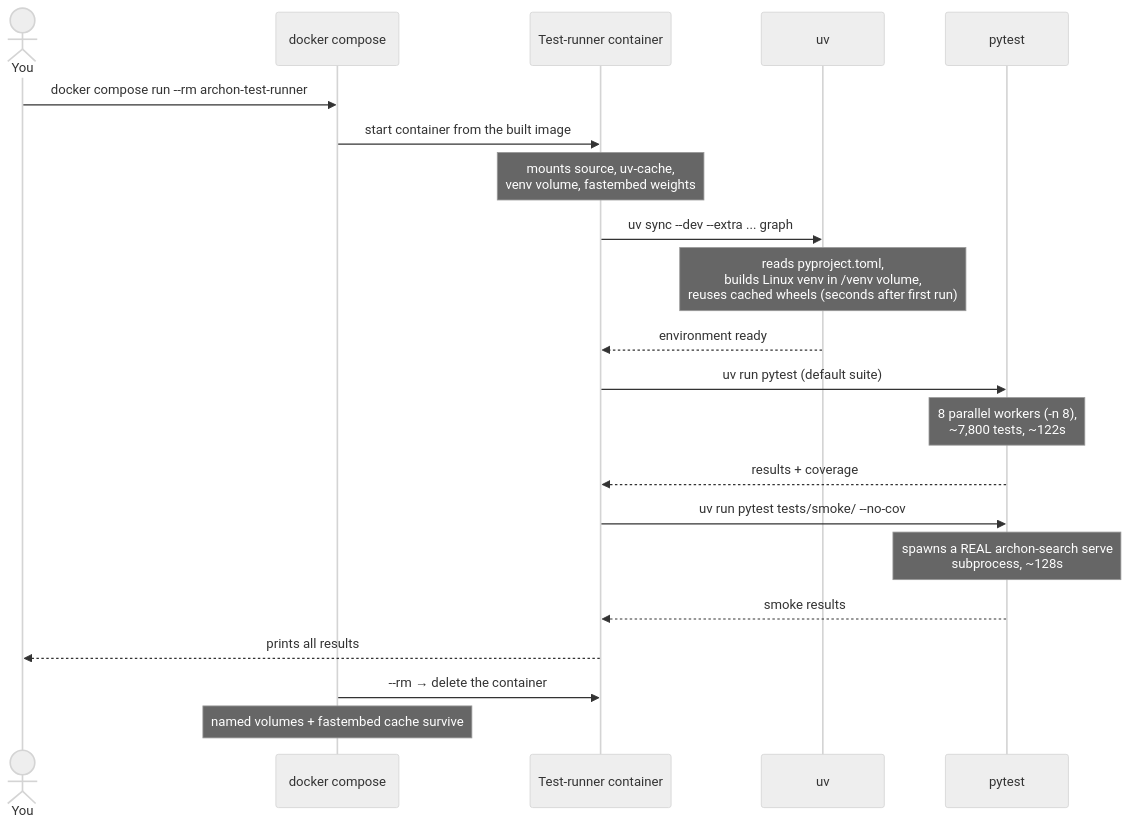
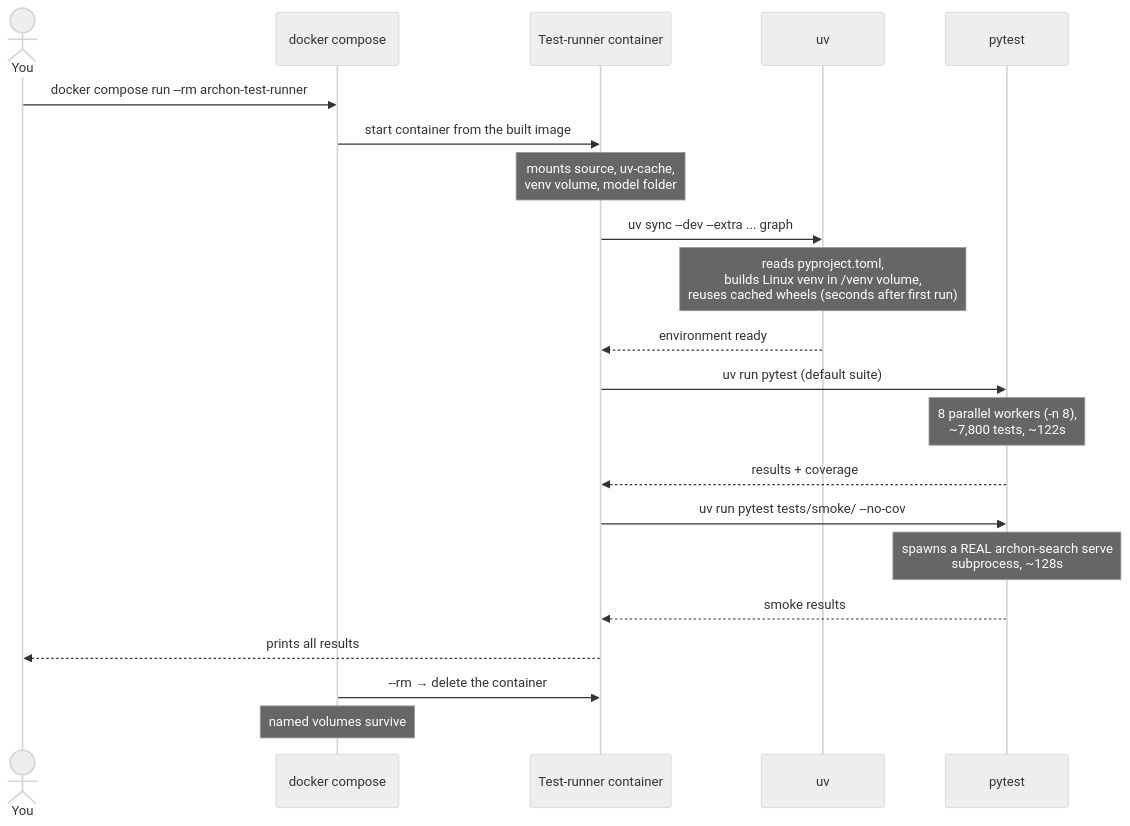
The second of 3 diagrams in Documentation/docker-test-runner.md (user538295/archon-search), drawn with Mermaid (neutral theme) before and after one commit. The commit also changed other lines of this file and 240 other files, not shown here.

````diff
--- a/Documentation/docker-test-runner.md
+++ b/Documentation/docker-test-runner.md
@@ -256,24 +254,24 @@
 ```mermaid
 sequenceDiagram
     actor You
     participant Compose as docker compose
     participant Container as Test-runner container
     participant UV as uv
     participant Pytest as pytest
 
     You->>Compose: docker compose run --rm archon-test-runner
     Compose->>Container: start container from the built image
-    Note over Container: mounts source, uv-cache,<br/>venv volume, fastembed weights
+    Note over Container: mounts source, uv-cache,<br/>venv volume, model folder
     Container->>UV: uv sync --dev --extra ... graph
     Note over UV: reads pyproject.toml,<br/>builds Linux venv in /venv volume,<br/>reuses cached wheels (seconds after first run)
     UV-->>Container: environment ready
     Container->>Pytest: uv run pytest  (default suite)
     Note over Pytest: 8 parallel workers (-n 8),<br/>~7,800 tests, ~122s
     Pytest-->>Container: results + coverage
     Container->>Pytest: uv run pytest tests/smoke/ --no-cov
     Note over Pytest: spawns a REAL archon-search serve<br/>subprocess, ~128s
     Pytest-->>Container: smoke results
     Container-->>You: prints all results
     Compose->>Container: --rm → delete the container
-    Note over Compose: named volumes + fastembed cache survive
+    Note over Compose: named volumes survive
 ```
````
